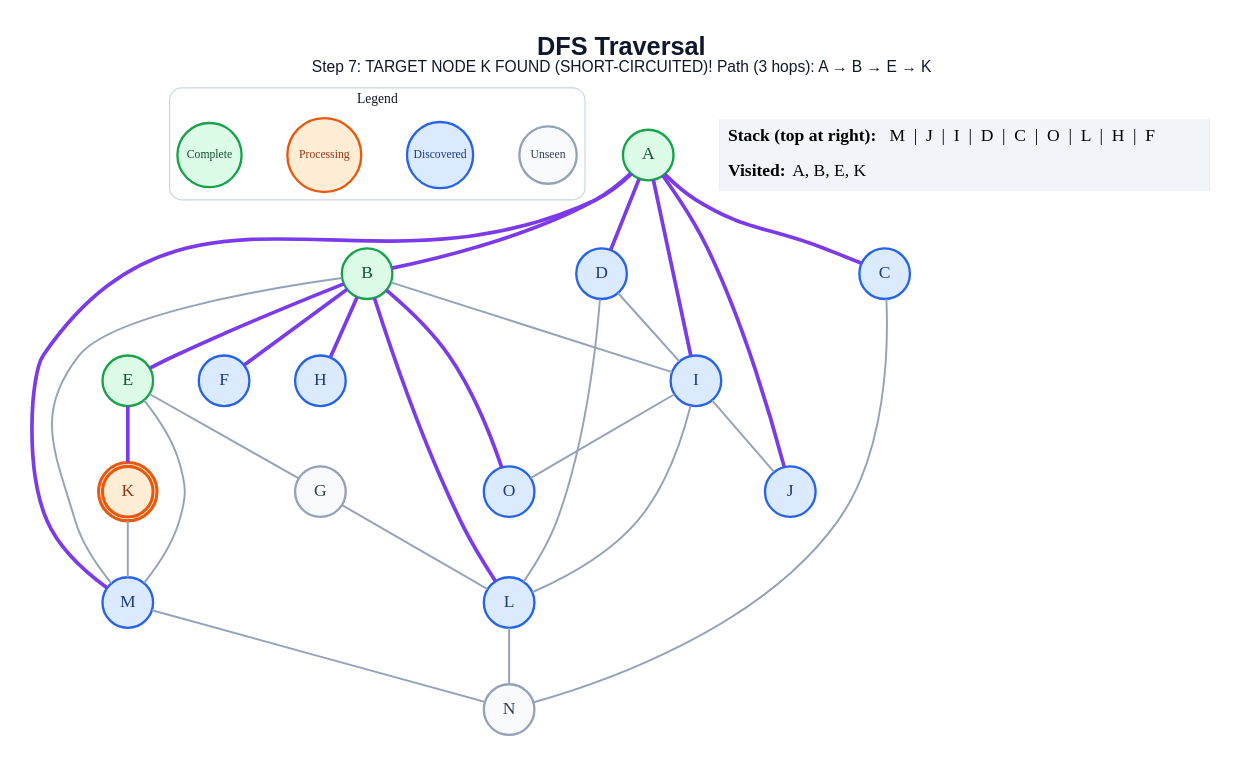
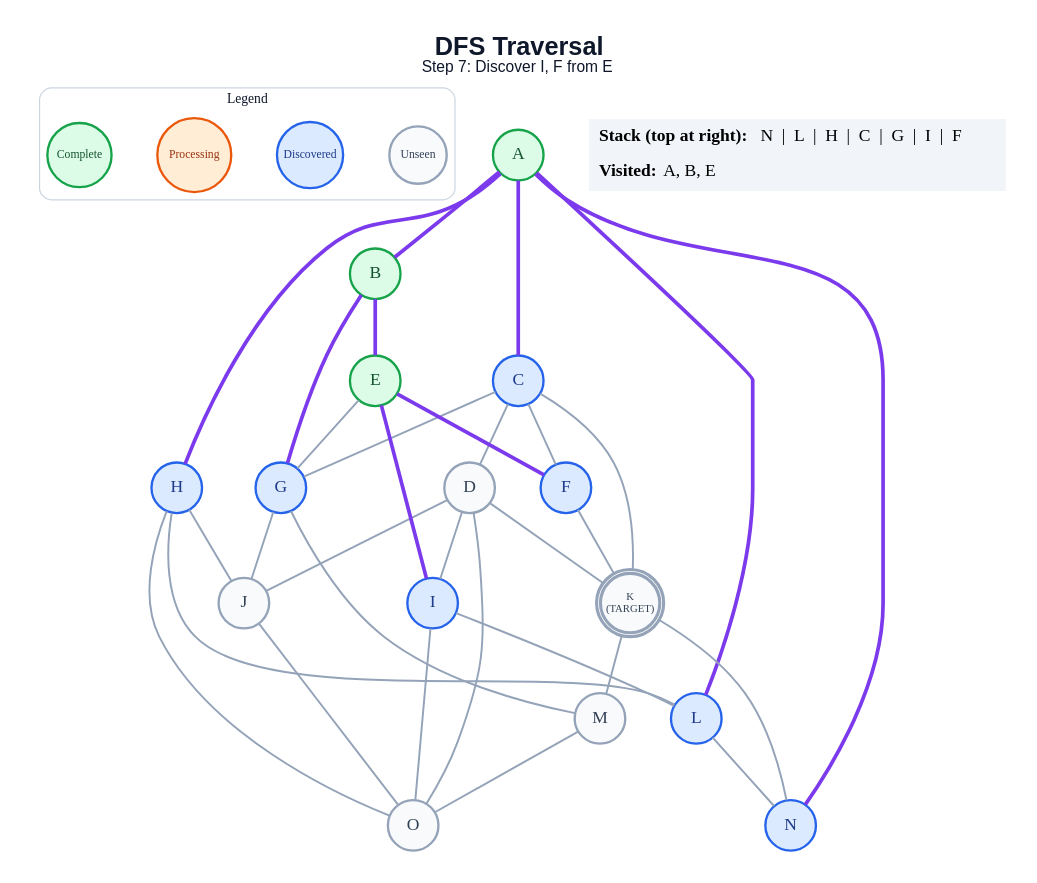
Before and after one commit to anon7238593-create/ai-slop: the diagram in generated/short-circuit/dfs/step_07.dot, drawn with Graphviz. The commit also changed 235 other files, not shown here.

```diff
--- a/generated/short-circuit/dfs/step_07.dot
+++ b/generated/short-circuit/dfs/step_07.dot
@@ -1,60 +1,65 @@
 graph traversal {
   graph [layout=dot, rankdir=TB, bgcolor="#FFFFFF", pad="0.35", nodesep="0.65", ranksep="0.8", fontname="Arial"];
   node [shape=circle, style="filled", fontname="Arial Bold", fontsize=18, width=0.72, fixedsize=true, penwidth=2.4];
   edge [color="#94A3B8", penwidth=2.0];
-  label=<<B>DFS Traversal</B><BR/><FONT POINT-SIZE="16">Step 7: TARGET NODE K FOUND (SHORT-CIRCUITED)! Path (3 hops): A → B → E → K</FONT>>; labelloc="t"; fontsize=26; fontname="Arial"; fontcolor="#0F172A";
+  label=<<B>DFS Traversal</B><BR/><FONT POINT-SIZE="16">Step 7: Discover I, F from E</FONT>>; labelloc="t"; fontsize=26; fontname="Arial"; fontcolor="#0F172A";
   subgraph cluster_legend { label="Legend"; color="#CBD5E1"; penwidth=1.2; style="rounded"; fontsize=14; fontname="Arial Bold";
     key_unseen [label="Unseen", fillcolor="#F8FAFC", color="#94A3B8", fontcolor="#334155", fontsize=12, width=0.82];
     key_frontier [label="Discovered", fillcolor="#DBEAFE", color="#2563EB", fontcolor="#1E3A8A", fontsize=12, width=0.95];
     key_current [label="Processing", fillcolor="#FFEDD5", color="#EA580C", fontcolor="#9A3412", fontsize=12, width=1.05];
     key_done [label="Complete", fillcolor="#DCFCE7", color="#16A34A", fontcolor="#14532D", fontsize=12, width=0.92];
     { rank=same; key_unseen; key_frontier; key_current; key_done; }
   }
   A [label="A", fillcolor="#DCFCE7", color="#16A34A", fontcolor="#14532D", peripheries=1, penwidth=2.4];
   B [label="B", fillcolor="#DCFCE7", color="#16A34A", fontcolor="#14532D", peripheries=1, penwidth=2.4];
   C [label="C", fillcolor="#DBEAFE", color="#2563EB", fontcolor="#1E3A8A", peripheries=1, penwidth=2.4];
-  D [label="D", fillcolor="#DBEAFE", color="#2563EB", fontcolor="#1E3A8A", peripheries=1, penwidth=2.4];
+  D [label="D", fillcolor="#F8FAFC", color="#94A3B8", fontcolor="#334155", peripheries=1, penwidth=2.4];
   E [label="E", fillcolor="#DCFCE7", color="#16A34A", fontcolor="#14532D", peripheries=1, penwidth=2.4];
   F [label="F", fillcolor="#DBEAFE", color="#2563EB", fontcolor="#1E3A8A", peripheries=1, penwidth=2.4];
-  G [label="G", fillcolor="#F8FAFC", color="#94A3B8", fontcolor="#334155", peripheries=1, penwidth=2.4];
+  G [label="G", fillcolor="#DBEAFE", color="#2563EB", fontcolor="#1E3A8A", peripheries=1, penwidth=2.4];
   H [label="H", fillcolor="#DBEAFE", color="#2563EB", fontcolor="#1E3A8A", peripheries=1, penwidth=2.4];
   I [label="I", fillcolor="#DBEAFE", color="#2563EB", fontcolor="#1E3A8A", peripheries=1, penwidth=2.4];
-  J [label="J", fillcolor="#DBEAFE", color="#2563EB", fontcolor="#1E3A8A", peripheries=1, penwidth=2.4];
-  K [label="K", fillcolor="#FFEDD5", color="#EA580C", fontcolor="#9A3412", peripheries=2, penwidth=3.2];
+  J [label="J", fillcolor="#F8FAFC", color="#94A3B8", fontcolor="#334155", peripheries=1, penwidth=2.4];
+  K [label="K\n(TARGET)", fillcolor="#F8FAFC", color="#94A3B8", fontcolor="#334155", peripheries=2, penwidth=3.2, fontsize=11, width=0.85, height=0.85];
   L [label="L", fillcolor="#DBEAFE", color="#2563EB", fontcolor="#1E3A8A", peripheries=1, penwidth=2.4];
-  M [label="M", fillcolor="#DBEAFE", color="#2563EB", fontcolor="#1E3A8A", peripheries=1, penwidth=2.4];
-  N [label="N", fillcolor="#F8FAFC", color="#94A3B8", fontcolor="#334155", peripheries=1, penwidth=2.4];
-  O [label="O", fillcolor="#DBEAFE", color="#2563EB", fontcolor="#1E3A8A", peripheries=1, penwidth=2.4];
+  M [label="M", fillcolor="#F8FAFC", color="#94A3B8", fontcolor="#334155", peripheries=1, penwidth=2.4];
+  N [label="N", fillcolor="#DBEAFE", color="#2563EB", fontcolor="#1E3A8A", peripheries=1, penwidth=2.4];
+  O [label="O", fillcolor="#F8FAFC", color="#94A3B8", fontcolor="#334155", peripheries=1, penwidth=2.4];
   A -- B [color="#7C3AED", penwidth=3.8];
   A -- C [color="#7C3AED", penwidth=3.8];
-  A -- D [color="#7C3AED", penwidth=3.8];
-  A -- I [color="#7C3AED", penwidth=3.8];
-  A -- J [color="#7C3AED", penwidth=3.8];
-  A -- M [color="#7C3AED", penwidth=3.8];
+  A -- H [color="#7C3AED", penwidth=3.8];
+  A -- L [color="#7C3AED", penwidth=3.8];
+  A -- N [color="#7C3AED", penwidth=3.8];
   B -- E [color="#7C3AED", penwidth=3.8];
-  B -- F [color="#7C3AED", penwidth=3.8];
-  B -- H [color="#7C3AED", penwidth=3.8];
-  B -- I;
-  B -- L [color="#7C3AED", penwidth=3.8];
-  B -- M;
-  B -- O [color="#7C3AED", penwidth=3.8];
-  C -- N;
+  B -- G [color="#7C3AED", penwidth=3.8];
+  C -- D;
+  C -- F;
+  C -- G;
+  C -- K;
   D -- I;
-  D -- L;
+  D -- J;
+  D -- K;
+  D -- O;
+  E -- F [color="#7C3AED", penwidth=3.8];
   E -- G;
-  E -- K [color="#7C3AED", penwidth=3.8];
-  E -- M;
-  G -- L;
-  I -- J;
+  E -- I [color="#7C3AED", penwidth=3.8];
+  F -- K;
+  G -- J;
+  G -- M;
+  H -- J;
+  H -- L;
+  H -- O;
   I -- L;
   I -- O;
+  J -- O;
   K -- M;
+  K -- N;
   L -- N;
-  M -- N;
+  M -- O;
   status [shape=plain, fixedsize=false, width=0, height=0, margin=0, label=<
     <TABLE BORDER="0" CELLBORDER="0" CELLPADDING="7" BGCOLOR="#F1F5F9">
-      <TR><TD ALIGN="LEFT"><B>Stack (top at right):</B> M  |  J  |  I  |  D  |  C  |  O  |  L  |  H  |  F</TD></TR>
-      <TR><TD ALIGN="LEFT"><B>Visited:</B> A, B, E, K</TD></TR>
+      <TR><TD ALIGN="LEFT"><B>Stack (top at right):</B> N  |  L  |  H  |  C  |  G  |  I  |  F</TD></TR>
+      <TR><TD ALIGN="LEFT"><B>Visited:</B> A, B, E</TD></TR>
     </TABLE>
   >];
 }
```
